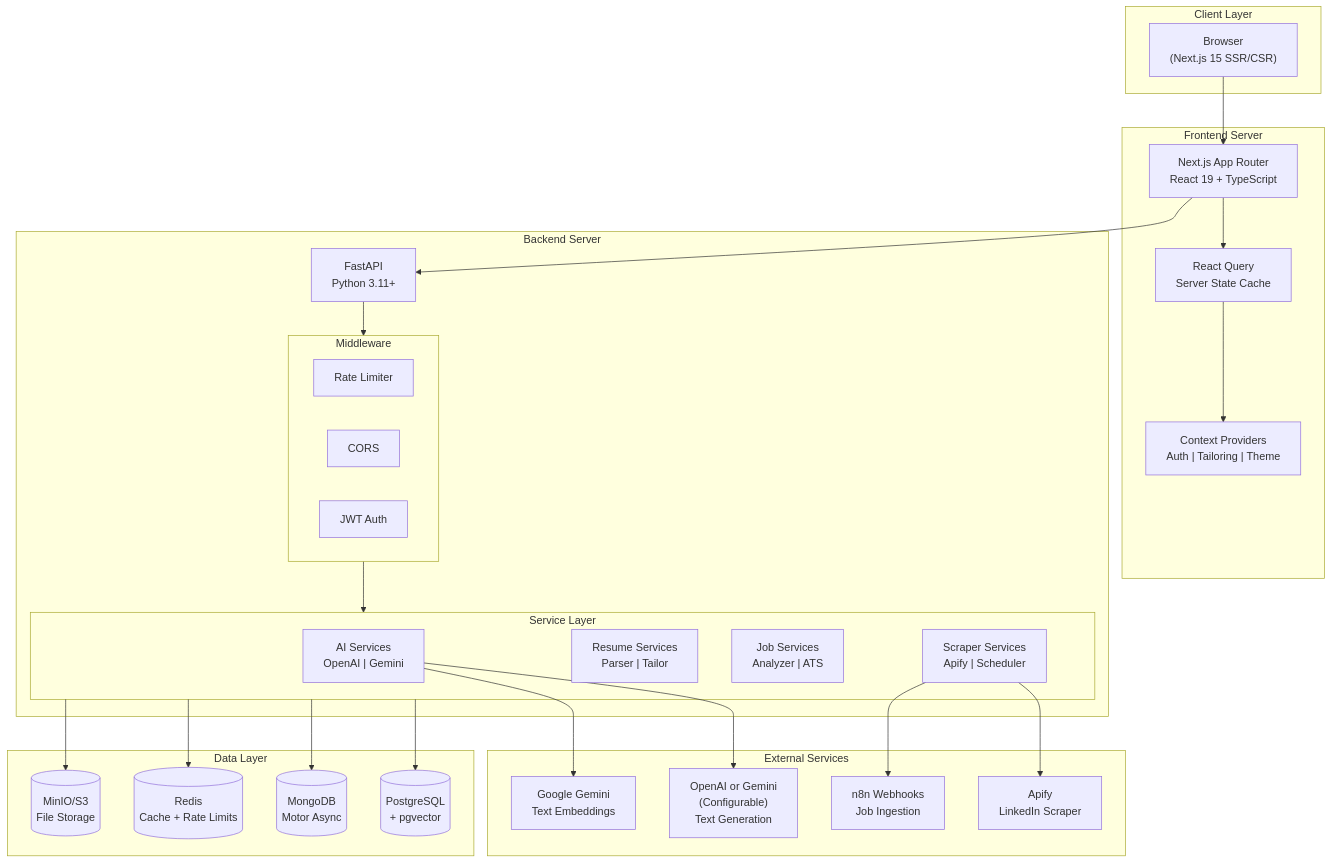
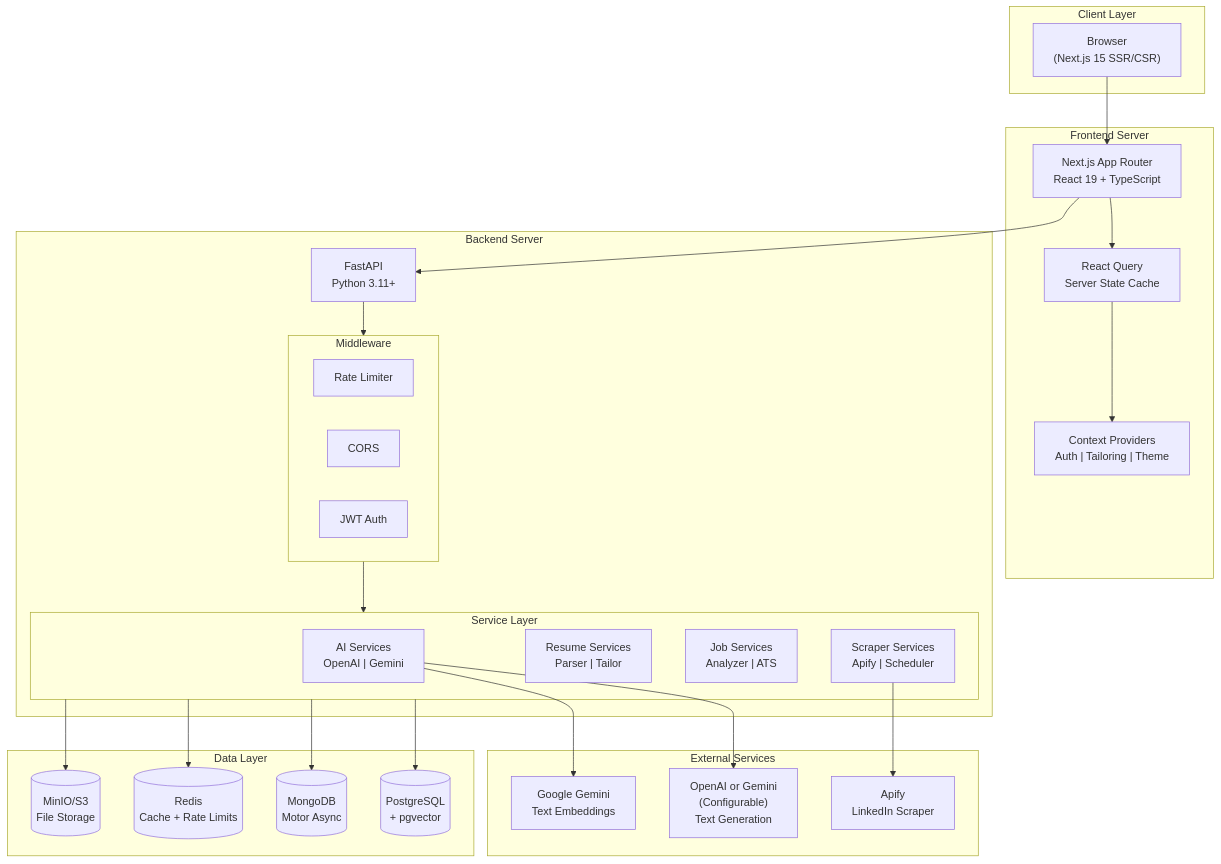
The first of 33 diagrams in docs/architecture/system-architecture.md (Sungchunn/AI-Resume-Tailor), drawn with Mermaid before and after one commit. The commit also changed other lines of this file and 6 other files, not shown here.

````diff
--- a/docs/architecture/system-architecture.md
+++ b/docs/architecture/system-architecture.md
@@ -40,59 +40,57 @@
 ```mermaid
 flowchart TB
     subgraph Client["Client Layer"]
         Browser["Browser<br/>(Next.js 15 SSR/CSR)"]
     end
 
     subgraph Frontend["Frontend Server"]
         NextJS["Next.js App Router<br/>React 19 + TypeScript"]
         RQ["React Query<br/>Server State Cache"]
         Contexts["Context Providers<br/>Auth | Tailoring | Theme"]
     end
 
     subgraph Backend["Backend Server"]
         FastAPI["FastAPI<br/>Python 3.11+"]
         subgraph Services["Service Layer"]
             AIServices["AI Services<br/>OpenAI | Gemini"]
             ResumeServices["Resume Services<br/>Parser | Tailor"]
             JobServices["Job Services<br/>Analyzer | ATS"]
             ScraperServices["Scraper Services<br/>Apify | Scheduler"]
         end
         subgraph Middleware["Middleware"]
             RateLimit["Rate Limiter"]
             CORS["CORS"]
             Auth["JWT Auth"]
         end
     end
 
     subgraph DataLayer["Data Layer"]
         PostgreSQL[(PostgreSQL<br/>+ pgvector)]
         MongoDB[(MongoDB<br/>Motor Async)]
         Redis[(Redis<br/>Cache + Rate Limits)]
         MinIO[(MinIO/S3<br/>File Storage)]
     end
 
     subgraph External["External Services"]
         AIProvider["OpenAI or Gemini<br/>(Configurable)<br/>Text Generation"]
         GeminiEmbed["Google Gemini<br/>Text Embeddings"]
         Apify["Apify<br/>LinkedIn Scraper"]
-        N8N["n8n Webhooks<br/>Job Ingestion"]
     end
 
     Browser --> NextJS
     NextJS --> RQ
     RQ --> Contexts
     NextJS --> FastAPI
 
     FastAPI --> Middleware
     Middleware --> Services
 
     AIServices --> AIProvider
     AIServices --> GeminiEmbed
     ScraperServices --> Apify
-    ScraperServices --> N8N
 
     Services --> PostgreSQL
     Services --> MongoDB
     Services --> Redis
     Services --> MinIO
 ```
````
